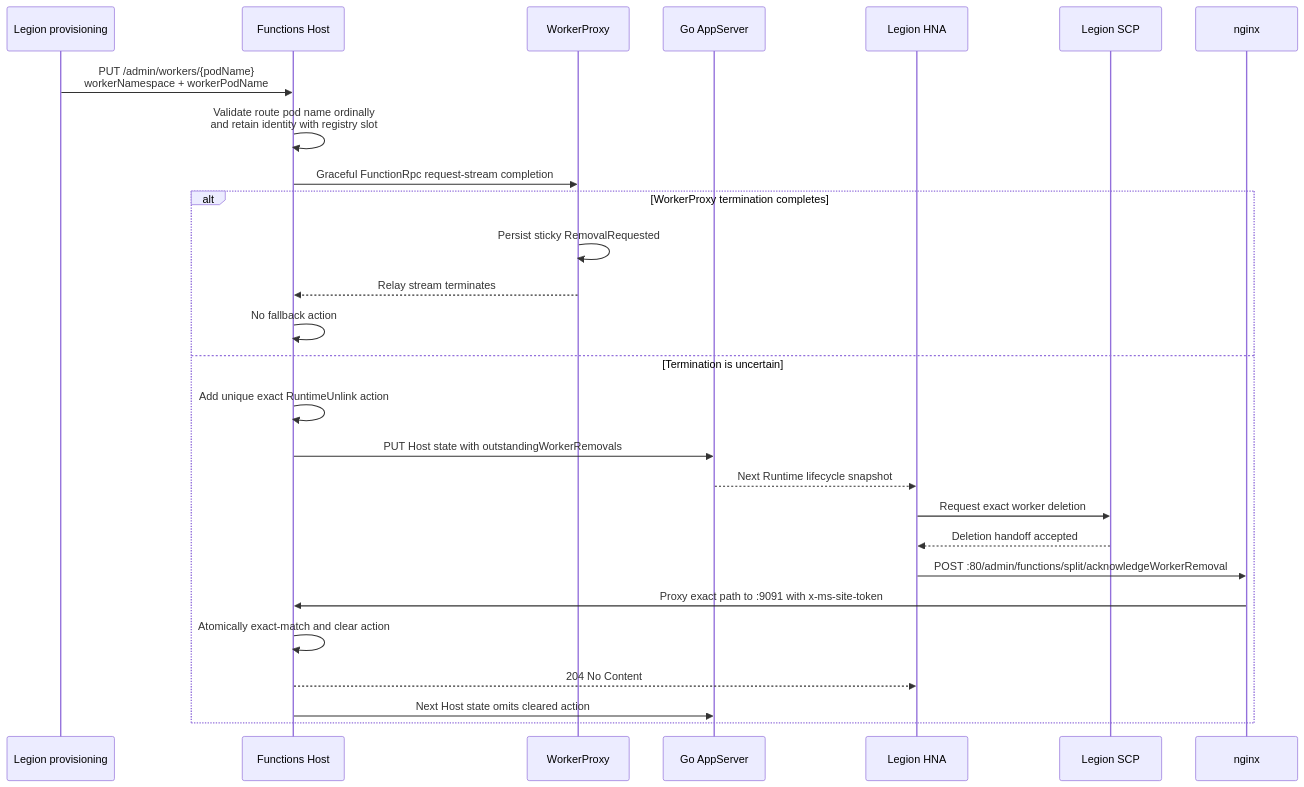
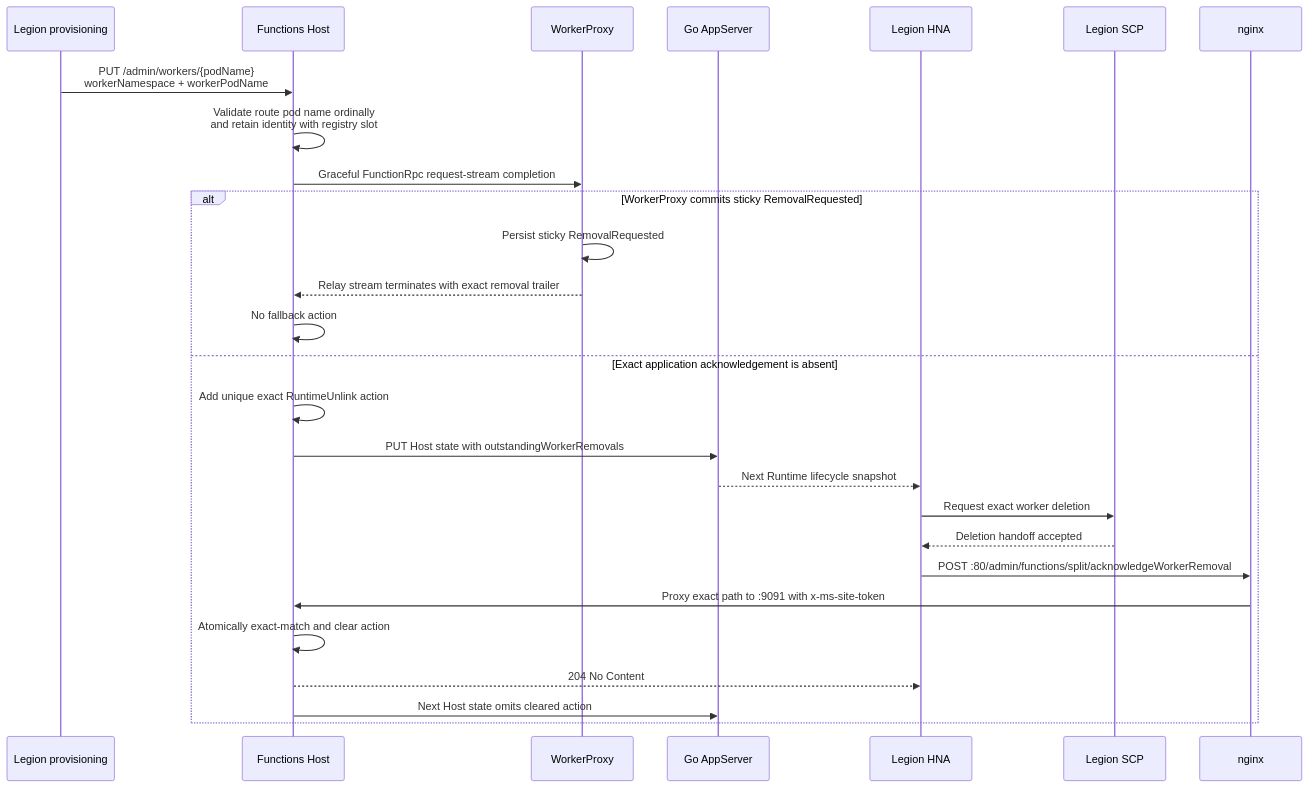
Before and after one commit to manikantanallagatla/azure-functions-host: the first of 2 diagrams in tools/ComputeSeparation/byoc-runtime-worker-removal-fallback.md, drawn with Mermaid. The commit also changed other lines of this file and 19 other files, not shown here.

````diff
--- a/tools/ComputeSeparation/byoc-runtime-worker-removal-fallback.md
+++ b/tools/ComputeSeparation/byoc-runtime-worker-removal-fallback.md
@@ -32,30 +33,30 @@
 ```mermaid
 sequenceDiagram
     participant L as Legion provisioning
     participant H as Functions Host
     participant W as WorkerProxy
     participant G as Go AppServer
     participant HNA as Legion HNA
     participant SCP as Legion SCP
     participant N as nginx
 
     L->>H: PUT /admin/workers/{podName}<br/>workerNamespace + workerPodName
     H->>H: Validate route pod name ordinally<br/>and retain identity with registry slot
     H->>W: Graceful FunctionRpc request-stream completion
-    alt WorkerProxy termination completes
+    alt WorkerProxy commits sticky RemovalRequested
         W->>W: Persist sticky RemovalRequested
-        W-->>H: Relay stream terminates
+        W-->>H: Relay stream terminates with exact removal trailer
         H->>H: No fallback action
-    else Termination is uncertain
+    else Exact application acknowledgement is absent
         H->>H: Add unique exact RuntimeUnlink action
         H->>G: PUT Host state with outstandingWorkerRemovals
         G-->>HNA: Next Runtime lifecycle snapshot
         HNA->>SCP: Request exact worker deletion
         SCP-->>HNA: Deletion handoff accepted
         HNA->>N: POST :80/admin/functions/split/acknowledgeWorkerRemoval
         N->>H: Proxy exact path to :9091 with x-ms-site-token
         H->>H: Atomically exact-match and clear action
         H-->>HNA: 204 No Content
         H->>G: Next Host state omits cleared action
     end
 ```
````
